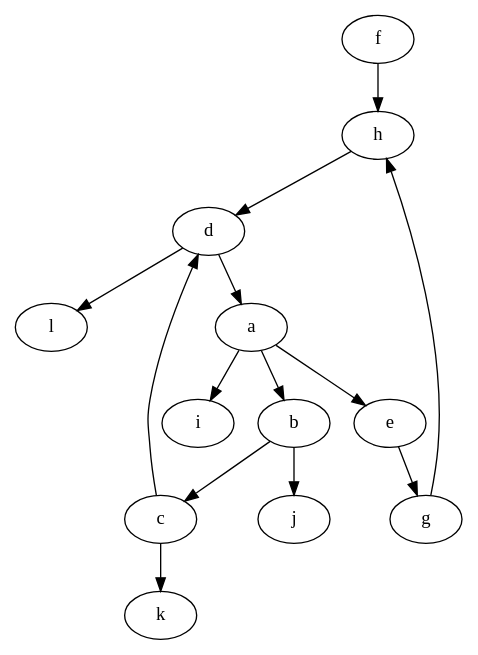
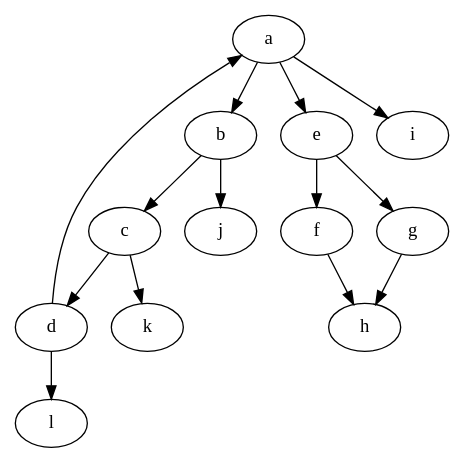
The diagram in src/main/resources/outputGraph.dot (anishnallani22/CSE-464-2024-anallani), drawn with Graphviz before and after one commit. The commit also changed 15 other files, not shown here.

```diff
--- a/src/main/resources/outputGraph.dot
+++ b/src/main/resources/outputGraph.dot
@@ -1,15 +1,15 @@
 digraph G {
   f -> h;
+  b -> c;
+  d -> a;
+  c -> d;
   a -> b;
   a -> e;
-  h -> d;
-  b -> c;
-  c -> d;
+  g -> h;
+  e -> f;
   e -> g;
-  d -> a;
-  g -> h;
   a -> i;
   b -> j;
   c -> k;
   d -> l;
 }
```
